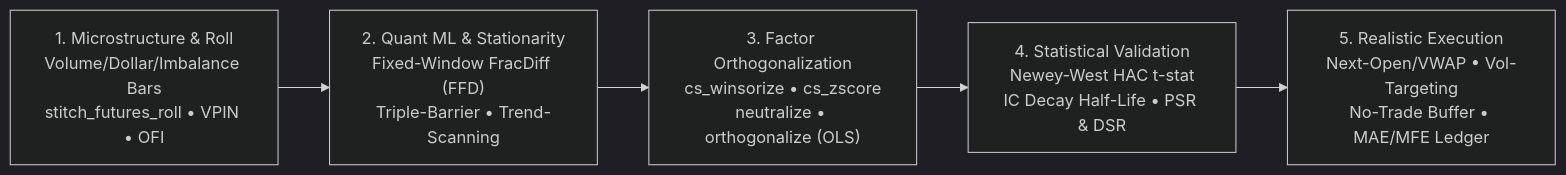
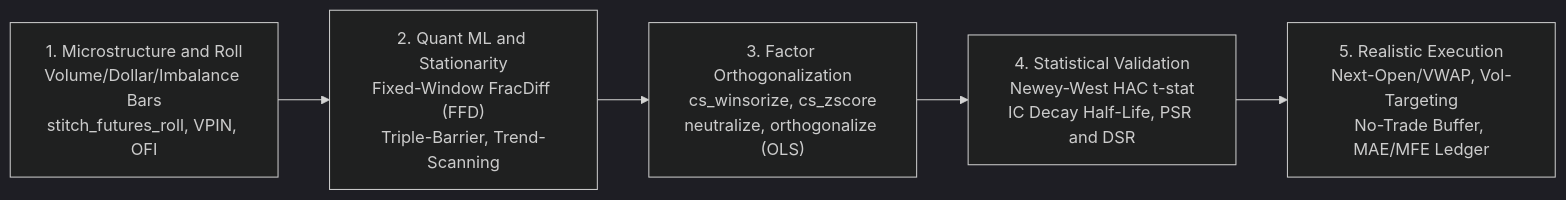
One commit to huuan26/polars-anta changed the diagram in docs/index.md. Above: the diagram before and after it, drawn with Mermaid (dark theme). The commit also changed other lines of this file, not shown here.

````diff
--- a/docs/index.md
+++ b/docs/index.md
@@ -89,7 +133,7 @@
 ```mermaid
 flowchart LR
-    A["1. Microstructure & Roll<br/>Volume/Dollar/Imbalance Bars<br/>stitch_futures_roll • VPIN • OFI"] --> B["2. Quant ML & Stationarity<br/>Fixed-Window FracDiff (FFD)<br/>Triple-Barrier • Trend-Scanning"]
-    B --> C["3. Factor Orthogonalization<br/>cs_winsorize • cs_zscore<br/>neutralize • orthogonalize (OLS)"]
-    C --> D["4. Statistical Validation<br/>Newey-West HAC t-stat<br/>IC Decay Half-Life • PSR & DSR"]
-    D --> E["5. Realistic Execution<br/>Next-Open/VWAP • Vol-Targeting<br/>No-Trade Buffer • MAE/MFE Ledger"]
+    A["1. Microstructure and Roll<br/>Volume/Dollar/Imbalance Bars<br/>stitch_futures_roll, VPIN, OFI"] --> B["2. Quant ML and Stationarity<br/>Fixed-Window FracDiff (FFD)<br/>Triple-Barrier, Trend-Scanning"]
+    B --> C["3. Factor Orthogonalization<br/>cs_winsorize, cs_zscore<br/>neutralize, orthogonalize (OLS)"]
+    C --> D["4. Statistical Validation<br/>Newey-West HAC t-stat<br/>IC Decay Half-Life, PSR and DSR"]
+    D --> E["5. Realistic Execution<br/>Next-Open/VWAP, Vol-Targeting<br/>No-Trade Buffer, MAE/MFE Ledger"]
 ```
````
